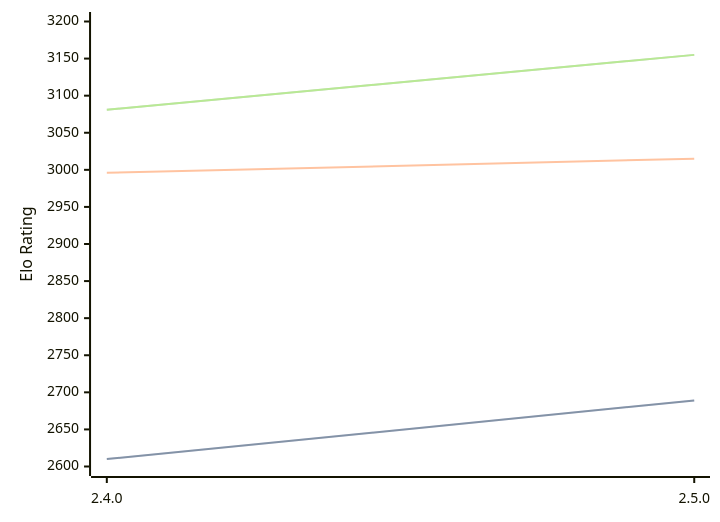
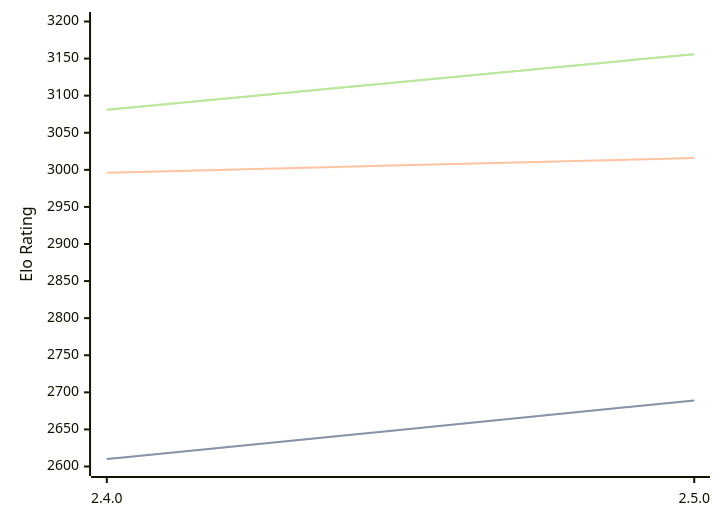
The diagram in engines/Sturddle2.md (computer-chess-index/cci), drawn with Mermaid before and after one commit. The commit also changed other lines of this file, not shown here.

Commit message:
Update CCI Ratings (ELO VLTC) - 2026-07-31

````diff
--- a/engines/Sturddle2.md
+++ b/engines/Sturddle2.md
@@ -37,11 +37,11 @@
 ```mermaid
 %%{init: {"theme":"base","themeVariables":{"seriesColors:['#a3a3a3','#222221','#faa371']}}}%%
 xychart-beta
   x-axis ["2.4.0", "2.5.0"]
   y-axis "Elo Rating" 2600 --> 3200
   line "STC (8.0+0.08s)" [2610, 2689]
   line "STC (8.0+0.08s)" [2610, 2689]
-  line "LTC (60.0+0.60s)" [2996, 3015]
-  line "VLTC (2m24s+1.12s)" [3081, 3155]
-  line "VLTC (2m24s+1.12s)" [3081, 3155]
+  line "LTC (60.0+0.60s)" [2996, 3016]
+  line "VLTC (2m24s+1.12s)" [3081, 3156]
+  line "VLTC (2m24s+1.12s)" [3081, 3156]
 ```
````
